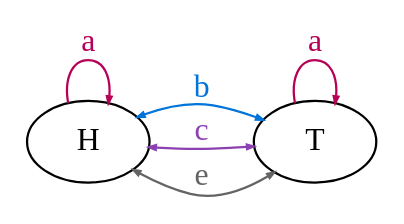
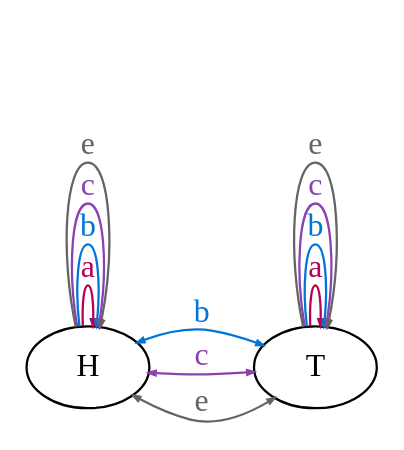
Before and after one commit to qguv/del-graphs: the diagram in examples/hw2/ex2/states.dot, drawn with Graphviz.

Commit message:
fix ex2 state model

```diff
--- a/examples/hw2/ex2/states.dot
+++ b/examples/hw2/ex2/states.dot
@@ -1,33 +1,39 @@
 digraph G {
   rankdir=LR
   edge[arrowsize=0.3];
   
   edge[
     label="a",
     color="#b60157",
     fontcolor="#b60157",
   ];
   H -> H;
   T -> T;
 
   edge[
     label="b",
     color="#0074d9",
     fontcolor="#0074d9",
   ];
   H -> T[dir=both];
+  H -> H;
+  T -> T;
 
   edge[
     label="c",
     color="#8b41b1",
     fontcolor="#8b41b1",
   ];
   H -> T[dir=both];
+  H -> H;
+  T -> T;
   
   edge[
     label="e",
     color="#646464",
     fontcolor="#646464",
   ];
   H -> T[dir=both];
+  H -> H;
+  T -> T;
 }
```
